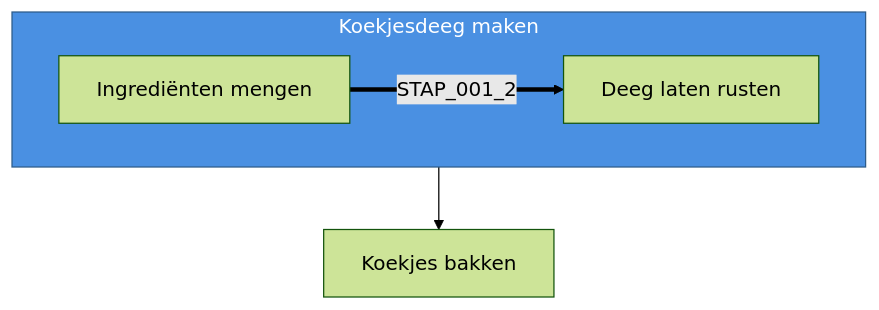
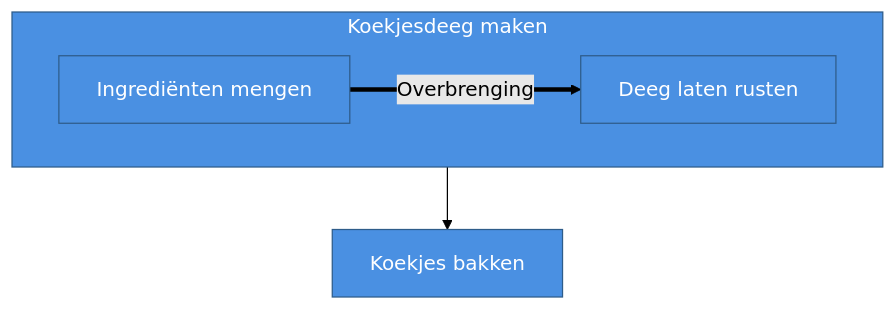
Before and after one commit to milieuinfo/RIE-IEPR: the diagram in documentatie/bin/activiteit-visualisatie/fabriek-proces-genest.mmd, drawn with Mermaid (forest theme). The commit also changed 3 other files, not shown here.

Commit message:
chore: styles graph

```diff
--- a/documentatie/bin/activiteit-visualisatie/fabriek-proces-genest.mmd
+++ b/documentatie/bin/activiteit-visualisatie/fabriek-proces-genest.mmd
@@ -1,10 +1,13 @@
 flowchart TD
     subgraph step0["Koekjesdeeg maken"]
     step1["Ingrediënten mengen"]
+    style step1 fill:#4A90E2,stroke:#2E5C8A,color:#fff
     step3["Deeg laten rusten"]
+    style step3 fill:#4A90E2,stroke:#2E5C8A,color:#fff
     end
     style step0 fill:#4A90E2,stroke:#2E5C8A,color:#fff
     step4["Koekjes bakken"]
+    style step4 fill:#4A90E2,stroke:#2E5C8A,color:#fff
 
-    step1 ==>|STAP_001_2| step3
+    step1 ==>|Overbrenging| step3
     step0 --> step4
```
